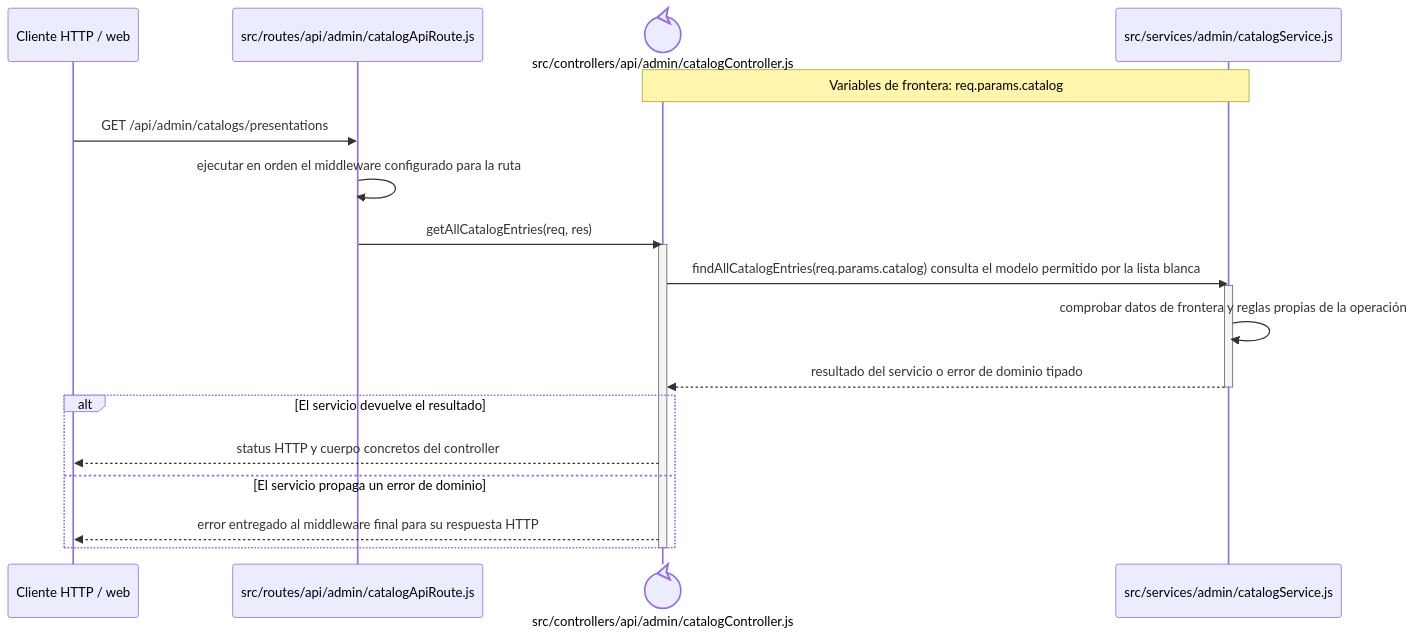
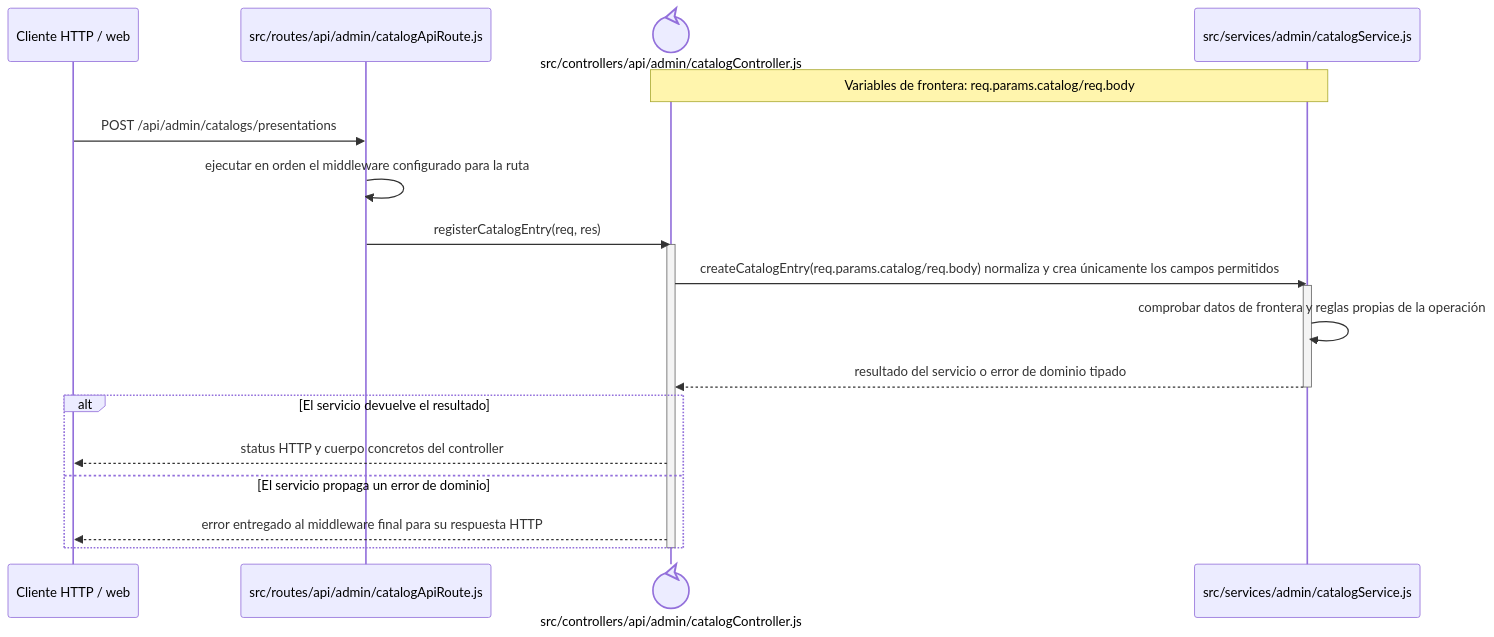
One commit to gpgsistemas01/nexus changed the diagram in docs/architecture/backend-code-sequences/catalogs/cu-cat-16.md. Above: the diagram before and after it, drawn with Mermaid. The commit also changed other lines of this file and 167 other files, not shown here.

````diff
--- a/docs/architecture/backend-code-sequences/catalogs/cu-cat-16.md
+++ b/docs/architecture/backend-code-sequences/catalogs/cu-cat-16.md
@@ -6,24 +6,24 @@
 ```mermaid
 sequenceDiagram
     participant Client as Cliente HTTP / web
     participant Route as src/routes/api/admin/catalogApiRoute.js
     participant Controller@{ "type": "control" } as src/controllers/api/admin/catalogController.js
     participant Domain as src/services/admin/catalogService.js
-    Note over Controller,Domain: Variables de frontera: req.params.catalog
+    Note over Controller,Domain: Variables de frontera: req.params.catalog/req.body
 
-    Client->>Route: GET /api/admin/catalogs/presentations
+    Client->>Route: POST /api/admin/catalogs/presentations
     Route->>Route: ejecutar en orden el middleware configurado para la ruta
-    Route->>Controller: getAllCatalogEntries(req, res)
+    Route->>Controller: registerCatalogEntry(req, res)
     activate Controller
-    Controller->>Domain: findAllCatalogEntries(req.params.catalog) consulta el modelo permitido por la lista blanca
+    Controller->>Domain: createCatalogEntry(req.params.catalog/req.body) normaliza y crea únicamente los campos permitidos
     activate Domain
     Domain->>Domain: comprobar datos de frontera y reglas propias de la operación
     Domain-->>Controller: resultado del servicio o error de dominio tipado
     deactivate Domain
     alt El servicio devuelve el resultado
         Controller-->>Client: status HTTP y cuerpo concretos del controller
     else El servicio propaga un error de dominio
         Controller-->>Client: error entregado al middleware final para su respuesta HTTP
     end
     deactivate Controller
 ```
````
